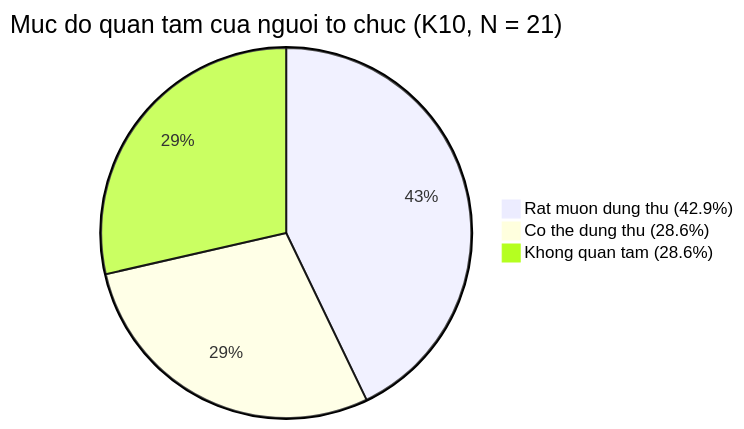
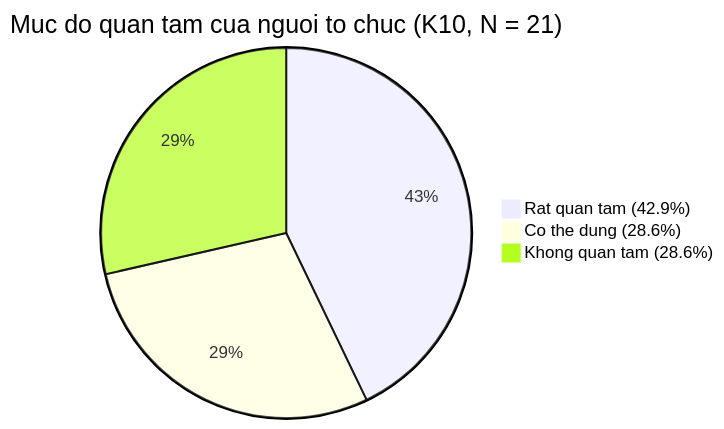
Before and after one commit to ThaiDevv/meloo: the tenth of 11 diagrams in docs/business/03-survey.md, drawn with Mermaid. The commit also changed other lines of this file and 1 other file, not shown here.

````diff
--- a/docs/business/03-survey.md
+++ b/docs/business/03-survey.md
@@ -275,6 +286,6 @@
 ```mermaid
 pie title Muc do quan tam cua nguoi to chuc (K10, N = 21)
-    "Rat muon dung thu (42.9%)" : 9
-    "Co the dung thu (28.6%)" : 6
+    "Rat quan tam (42.9%)" : 9
+    "Co the dung (28.6%)" : 6
     "Khong quan tam (28.6%)" : 6
 ```
````
